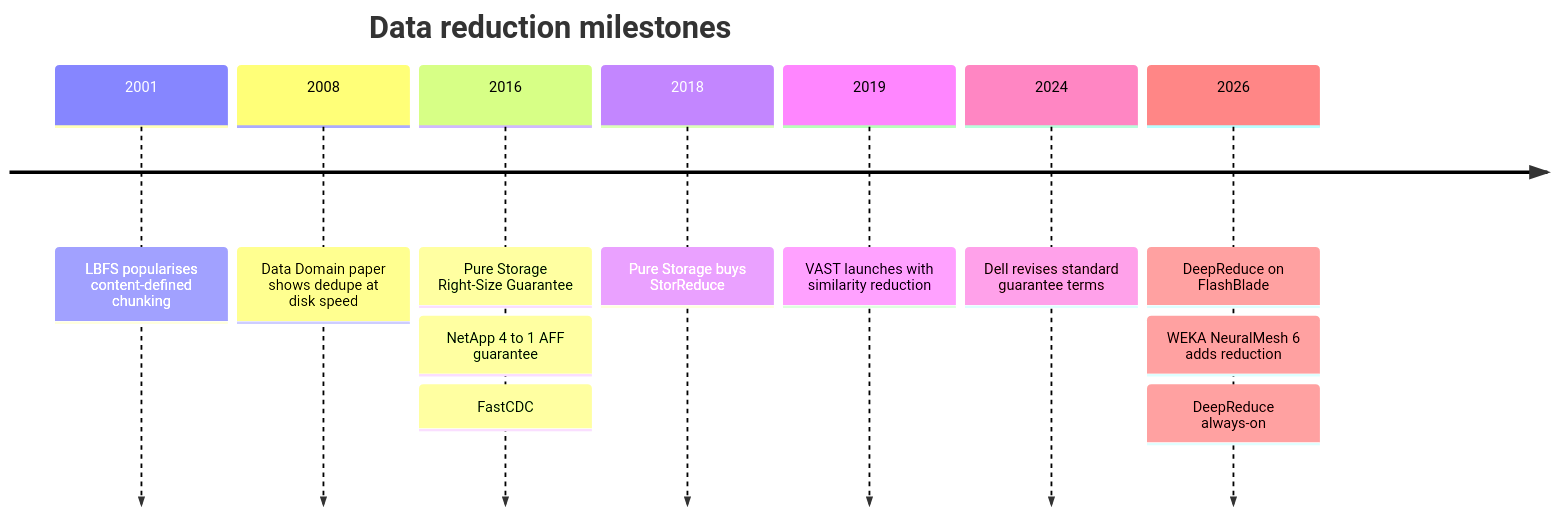
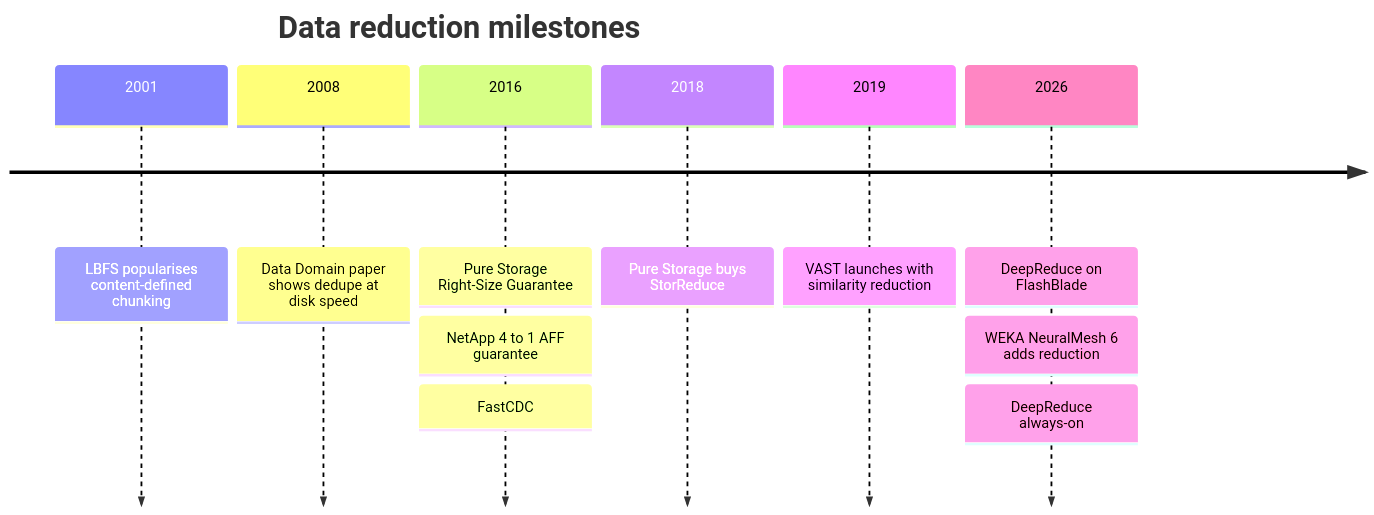
Before and after one commit to FrankHuang94/storage-_db_claude: the fifth of 5 diagrams in docs/01-storage-fundamentals/05-data-reduction.md, drawn with Mermaid. The commit also changed other lines of this file and 2 other files, not shown here.

````diff
--- a/docs/01-storage-fundamentals/05-data-reduction.md
+++ b/docs/01-storage-fundamentals/05-data-reduction.md
@@ -204,11 +204,10 @@
 ```mermaid
 timeline
     title Data reduction milestones
     2001 : LBFS popularises content-defined chunking
     2008 : Data Domain paper shows dedupe at disk speed
     2016 : Pure Storage Right-Size Guarantee : NetApp 4 to 1 AFF guarantee : FastCDC
     2018 : Pure Storage buys StorReduce
     2019 : VAST launches with similarity reduction
-    2024 : Dell revises standard guarantee terms
     2026 : DeepReduce on FlashBlade : WEKA NeuralMesh 6 adds reduction : DeepReduce always-on
 ```
````
